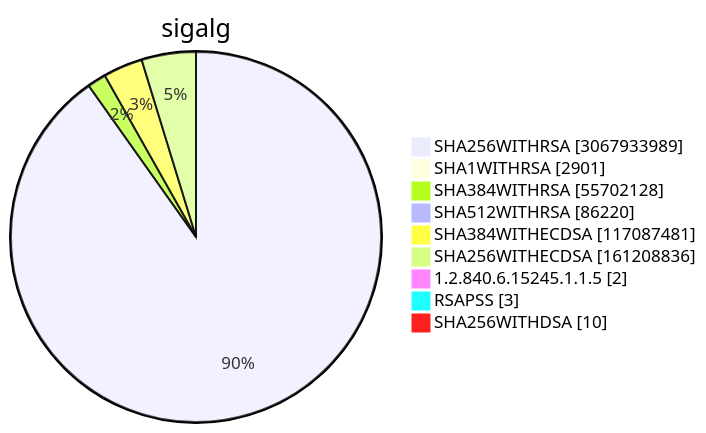
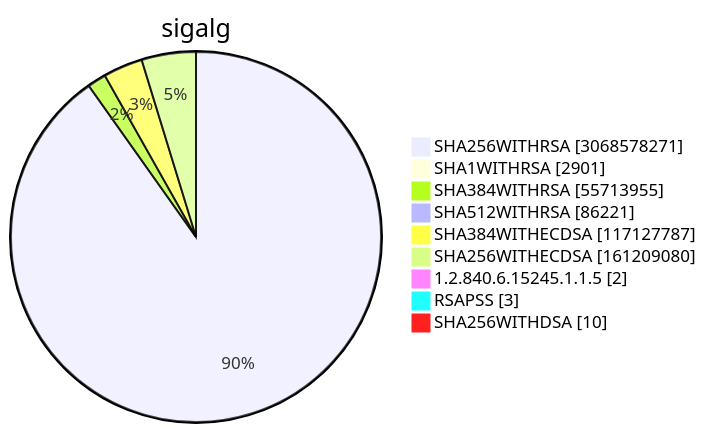
Before and after one commit to christiankrug/ctmonitor_visualization: diagram 15 of 15 in TOTAL/README.md, drawn with Mermaid. The commit also changed other lines of this file, not shown here.

````diff
--- a/TOTAL/README.md
+++ b/TOTAL/README.md
@@ -6209,13 +6209,13 @@
 ```mermaid
 pie showData
 title sigalg
-"SHA256WITHRSA" :3067933989
+"SHA256WITHRSA" :3068578271
 "SHA1WITHRSA" :2901
-"SHA384WITHRSA" :55702128
-"SHA512WITHRSA" :86220
-"SHA384WITHECDSA" :117087481
-"SHA256WITHECDSA" :161208836
+"SHA384WITHRSA" :55713955
+"SHA512WITHRSA" :86221
+"SHA384WITHECDSA" :117127787
+"SHA256WITHECDSA" :161209080
 "1.2.840.6.15245.1.1.5" :2
 "RSAPSS" :3
 "SHA256WITHDSA" :10
 ```
````
